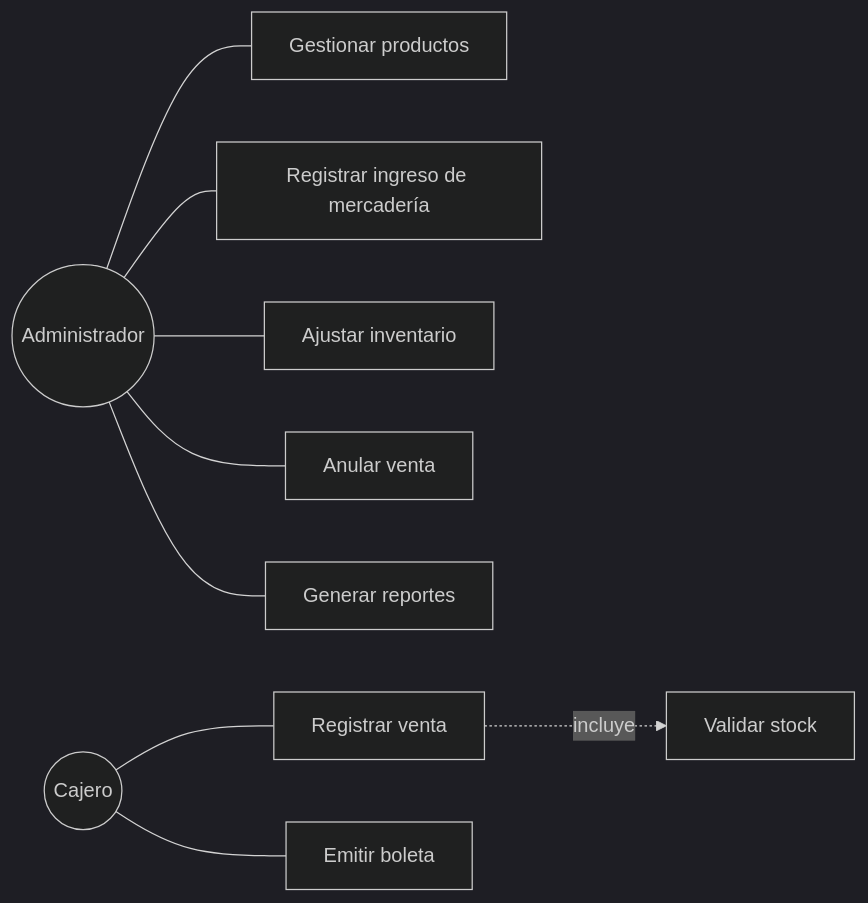
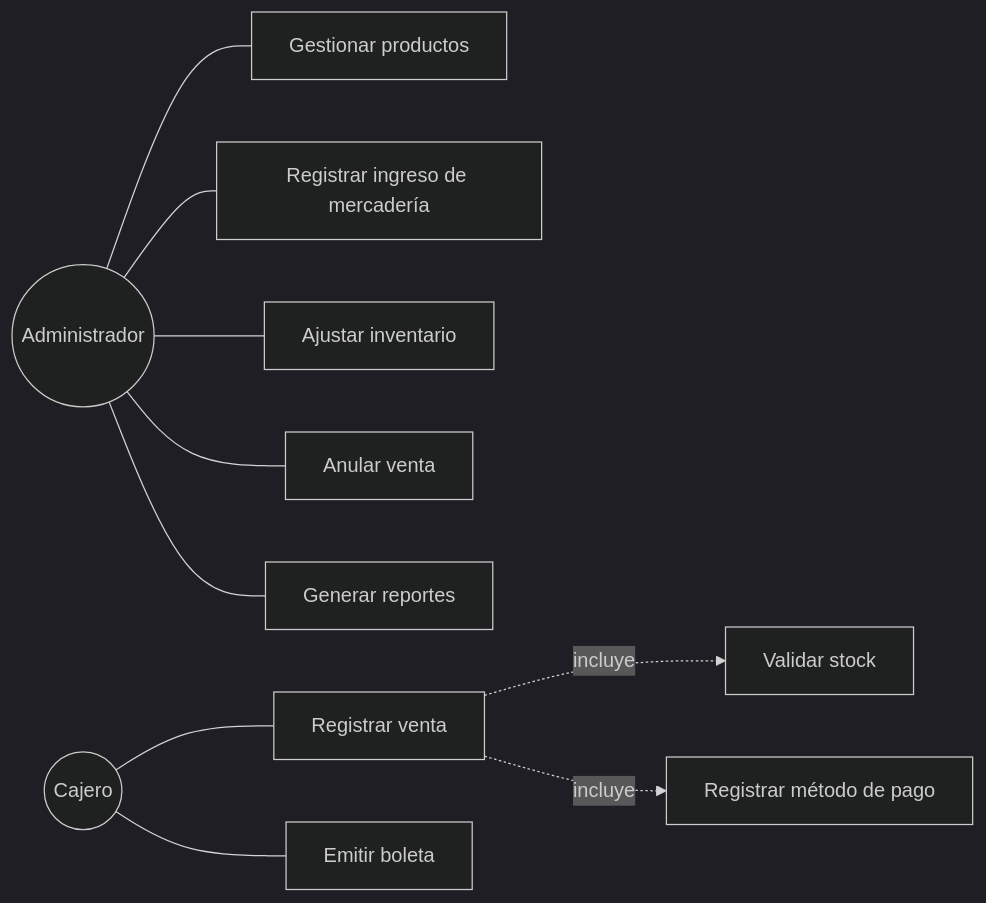
One commit to OwerLopez/gsti-lab03-sigi-inventarios changed the diagram in docs/cascada/02-especificacion-requisitos-SRS.md. Above: the diagram before and after it, drawn with Mermaid (dark theme). The commit also changed other lines of this file and 7 other files, not shown here.

````diff
--- a/docs/cascada/02-especificacion-requisitos-SRS.md
+++ b/docs/cascada/02-especificacion-requisitos-SRS.md
@@ -64,11 +68,12 @@
 ```mermaid
 flowchart LR
   A((Administrador)) --- CU1[Gestionar productos]
   A --- CU2[Registrar ingreso de mercadería]
   A --- CU3[Ajustar inventario]
   A --- CU4[Anular venta]
   A --- CU5[Generar reportes]
   C((Cajero)) --- CU6[Registrar venta]
   C --- CU7[Emitir boleta]
   CU6 -. incluye .-> CU8[Validar stock]
+  CU6 -. incluye .-> CU9[Registrar método de pago]
 ```
````
